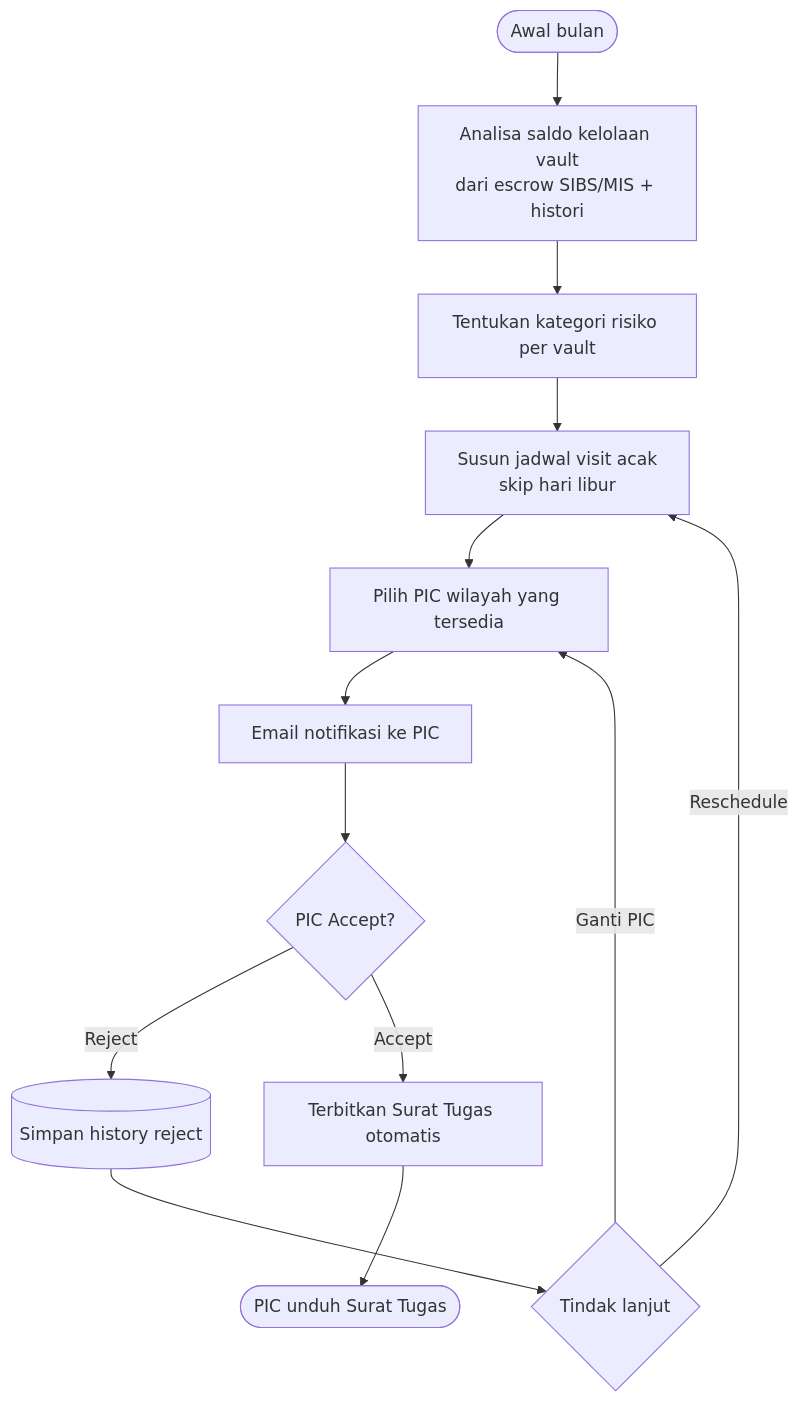
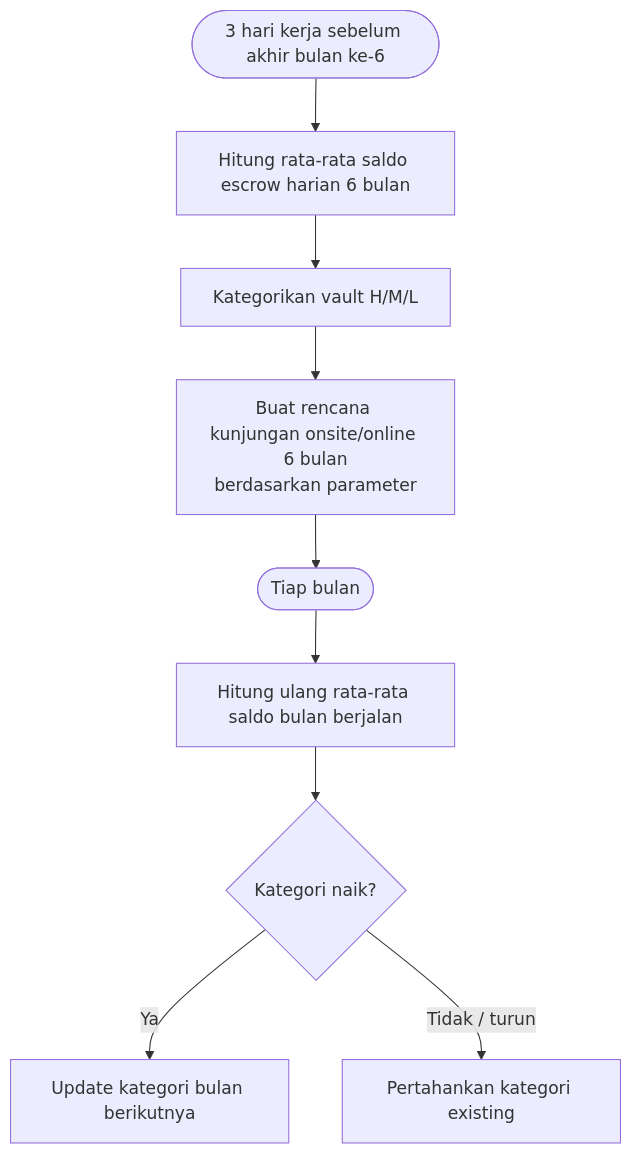
Before and after one commit to sanjayayudha18/project_cms: the first of 4 diagrams in .claude/feature-flows/08-cash-count-vault/feature-flow.md, drawn with Mermaid. The commit also changed other lines of this file and 209 other files, not shown here.

````diff
--- a/.claude/feature-flows/08-cash-count-vault/feature-flow.md
+++ b/.claude/feature-flows/08-cash-count-vault/feature-flow.md
@@ -14,15 +19,10 @@
 ```mermaid
 flowchart TD
-    A([Awal bulan]) --> B[Analisa saldo kelolaan vault<br/>dari escrow SIBS/MIS + histori]
-    B --> C[Tentukan kategori risiko per vault]
-    C --> D[Susun jadwal visit acak<br/>skip hari libur]
-    D --> E[Pilih PIC wilayah yang tersedia]
-    E --> F[Email notifikasi ke PIC]
-    F --> G{PIC Accept?}
-    G -->|Reject| H[(Simpan history reject)]
-    H --> I{Tindak lanjut}
-    I -->|Reschedule| D
-    I -->|Ganti PIC| E
-    G -->|Accept| J[Terbitkan Surat Tugas otomatis]
-    J --> K([PIC unduh Surat Tugas])
+    A([3 hari kerja sebelum akhir bulan ke-6]) --> B[Hitung rata-rata saldo escrow harian 6 bulan]
+    B --> C[Kategorikan vault H/M/L]
+    C --> D[Buat rencana kunjungan onsite/online 6 bulan<br/>berdasarkan parameter]
+    D --> E([Tiap bulan]) --> F[Hitung ulang rata-rata saldo bulan berjalan]
+    F --> G{Kategori naik?}
+    G -->|Ya| H[Update kategori bulan berikutnya]
+    G -->|Tidak / turun| I[Pertahankan kategori existing]
 ```
````
